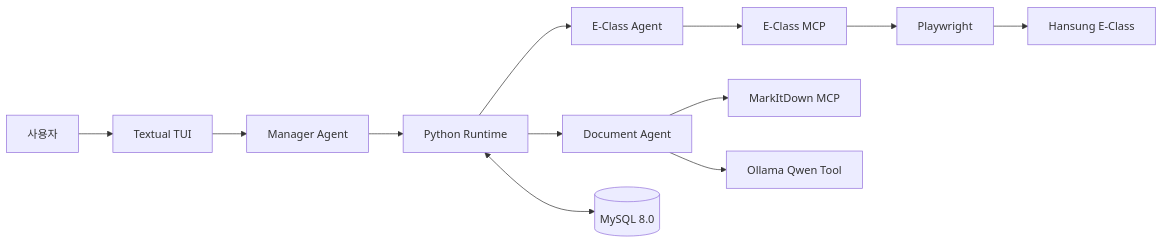
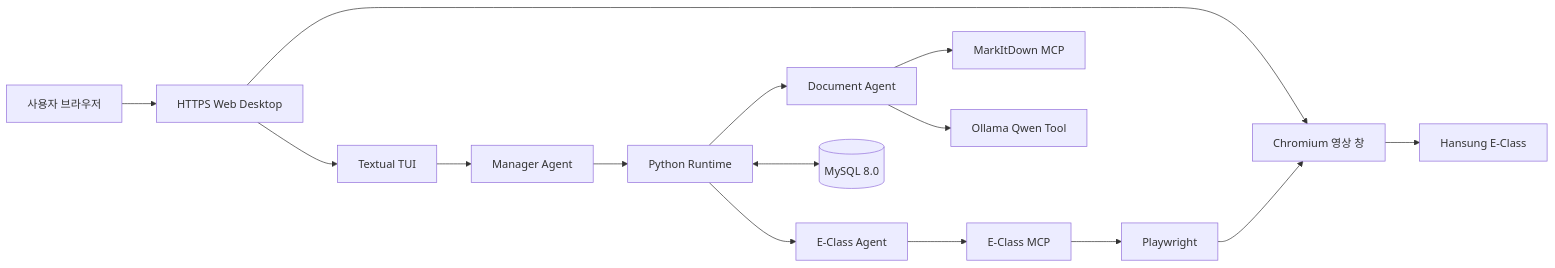
One commit to DoMaBaem/eclass-quest-agent changed the diagram in README.md. Above: the diagram before and after it, drawn with Mermaid. The commit also changed other lines of this file and 26 other files, not shown here.

````diff
--- a/README.md
+++ b/README.md
@@ -27,14 +27,17 @@
 ```mermaid
 flowchart LR
-    User[사용자] --> TUI[Textual TUI]
+    User[사용자 브라우저] --> Desktop[HTTPS Web Desktop]
+    Desktop --> TUI[Textual TUI]
+    Desktop --> Browser[Chromium 영상 창]
     TUI --> Manager[Manager Agent]
     Manager --> Runtime[Python Runtime]
     Runtime --> EAgent[E-Class Agent]
     Runtime --> DAgent[Document Agent]
     EAgent --> MCP[E-Class MCP]
     MCP --> Playwright[Playwright]
-    Playwright --> LMS[Hansung E-Class]
+    Playwright --> Browser
+    Browser --> LMS[Hansung E-Class]
     DAgent --> MarkItDown[MarkItDown MCP]
     DAgent --> Qwen[Ollama Qwen Tool]
     Runtime <--> MySQL[(MySQL 8.0)]
 ```
````
